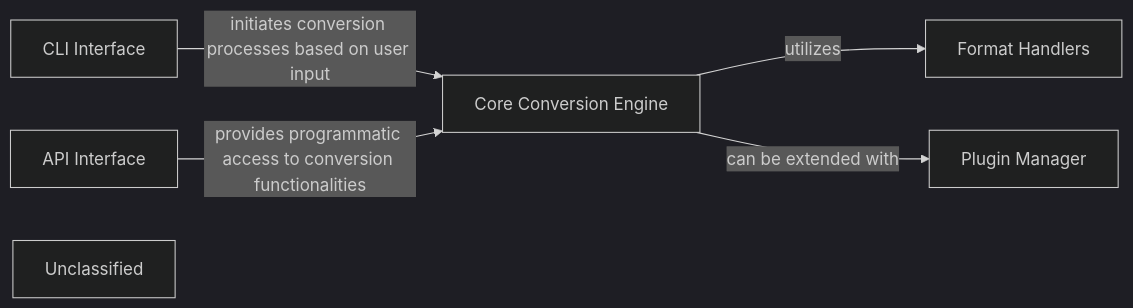
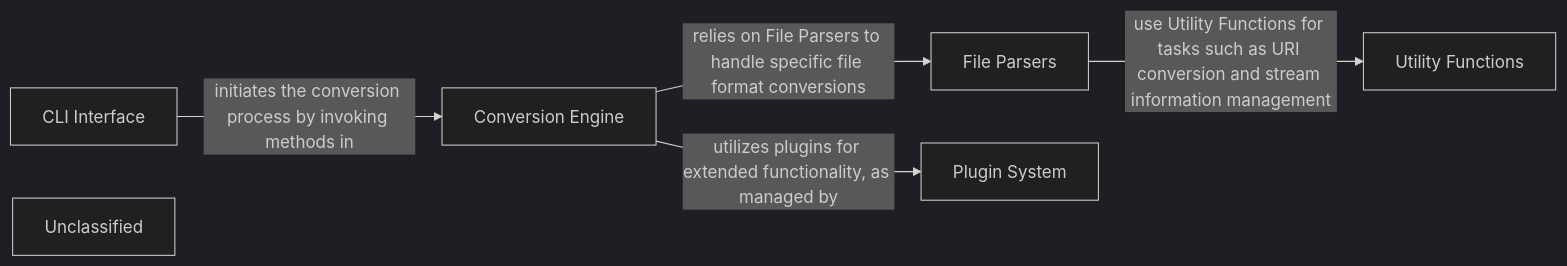
One commit to CodeBoarding/GeneratedOnBoardings changed the diagram in markitdown/on_boarding.md. Above: the diagram before and after it, drawn with Mermaid (dark theme). The commit also changed other lines of this file, not shown here.

````diff
--- a/markitdown/on_boarding.md
+++ b/markitdown/on_boarding.md
@@ -1,13 +1,13 @@
 ```mermaid
 graph LR
-    Core_Conversion_Engine["Core Conversion Engine"]
-    Format_Handlers["Format Handlers"]
-    Plugin_Manager["Plugin Manager"]
     CLI_Interface["CLI Interface"]
-    API_Interface["API Interface"]
+    Conversion_Engine["Conversion Engine"]
+    File_Parsers["File Parsers"]
+    Plugin_System["Plugin System"]
+    Utility_Functions["Utility Functions"]
     Unclassified["Unclassified"]
-    Core_Conversion_Engine -- "utilizes" --> Format_Handlers
-    Core_Conversion_Engine -- "can be extended with" --> Plugin_Manager
-    CLI_Interface -- "initiates conversion processes based on user input" --> Core_Conversion_Engine
-    API_Interface -- "provides programmatic access to conversion functionalities" --> Core_Conversion_Engine
+    CLI_Interface -- "initiates the conversion process by invoking methods in" --> Conversion_Engine
+    Conversion_Engine -- "relies on File Parsers to handle specific file format conversions" --> File_Parsers
+    Conversion_Engine -- "utilizes plugins for extended functionality, as managed by" --> Plugin_System
+    File_Parsers -- "use Utility Functions for tasks such as URI conversion and stream information management" --> Utility_Functions
 ```
````
